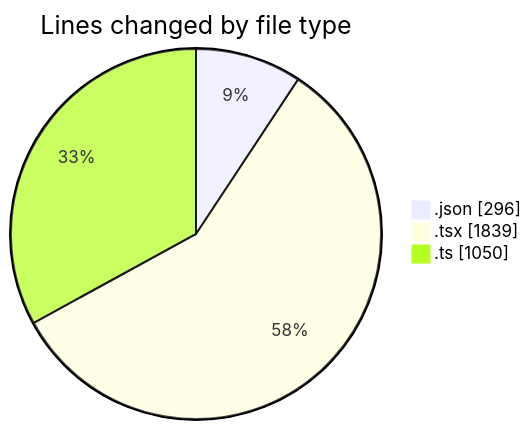
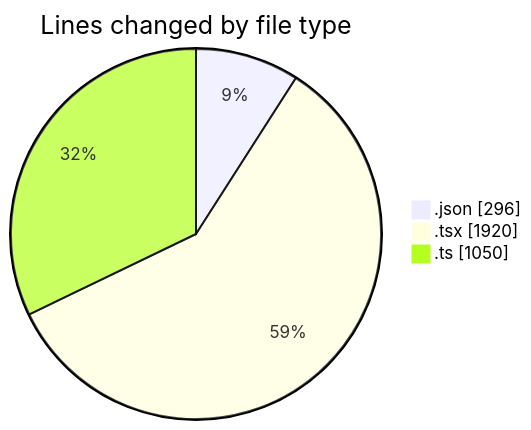
The first of 2 diagrams in 2025-10-07/eventscop-frontend-guide__workspace_/README.md (julien-gomy/code-tracking), drawn with Mermaid before and after one commit. The commit also changed other lines of this file and 1 other file, not shown here.

````diff
--- a/2025-10-07/eventscop-frontend-guide__workspace_/README.md
+++ b/2025-10-07/eventscop-frontend-guide__workspace_/README.md
@@ -36,7 +37,7 @@
 ```mermaid
 pie showData
 title Lines changed by file type
 ".json" : 296
-".tsx" : 1839
+".tsx" : 1920
 ".ts" : 1050
 ```
````
